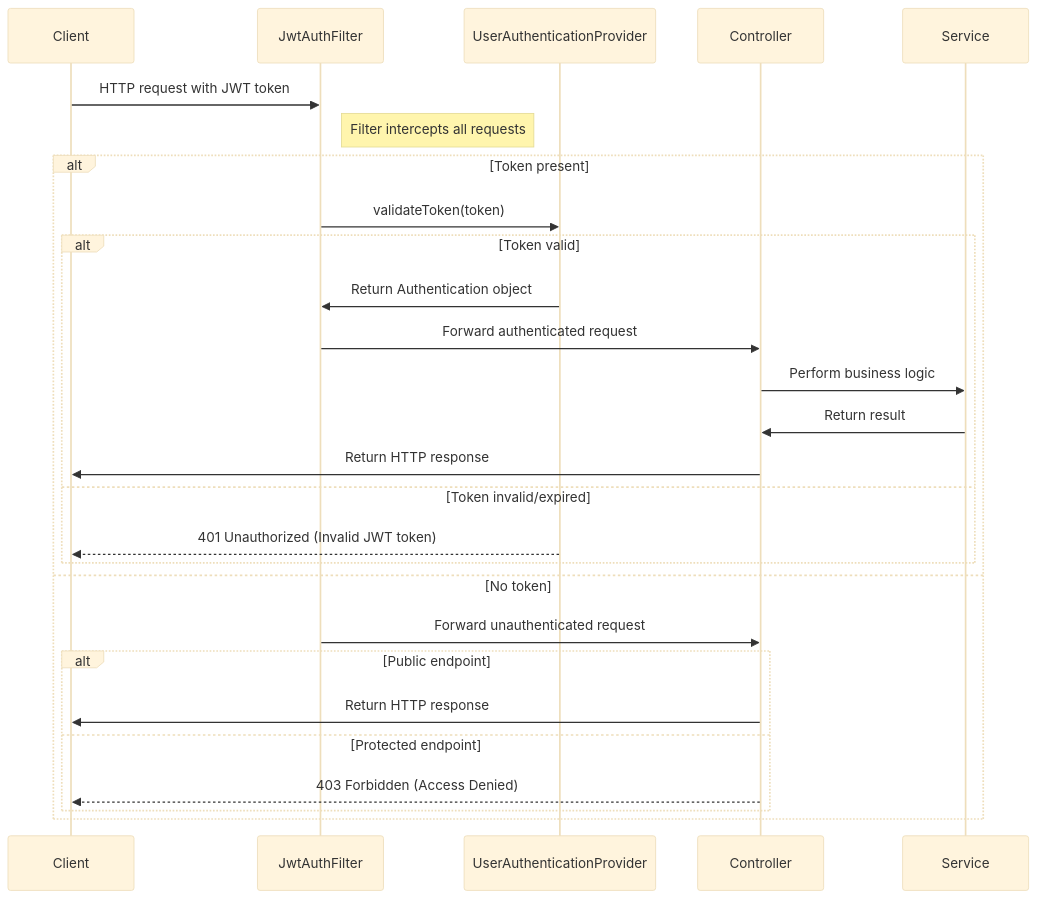
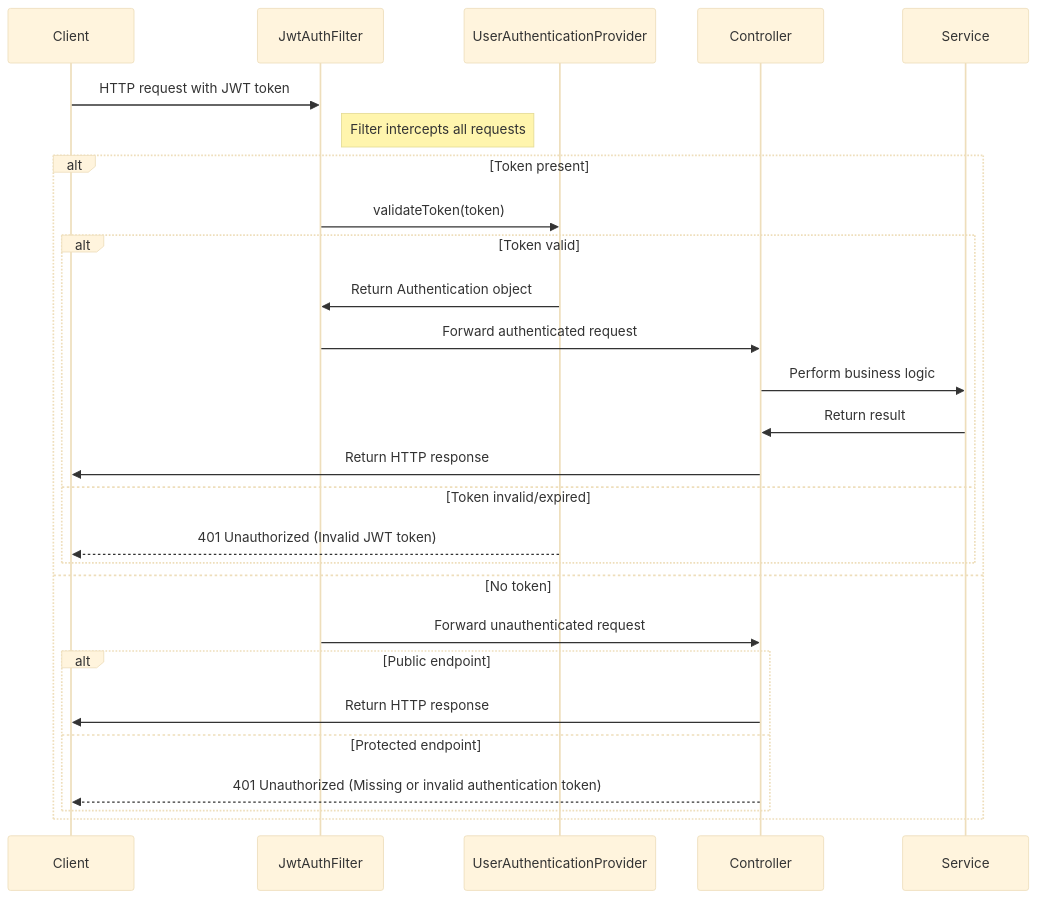
Before and after one commit to OrifInformatique/spring-auth: the second of 10 diagrams in docs/process-documentation.md, drawn with Mermaid (base theme). The commit also changed other lines of this file, not shown here.

````diff
--- a/docs/process-documentation.md
+++ b/docs/process-documentation.md
@@ -163,33 +163,33 @@
 ```mermaid
 sequenceDiagram
     participant Client
     participant JwtAuthFilter
     participant UserAuthenticationProvider
     participant Controller
     participant Service
 
     Client->>JwtAuthFilter: HTTP request with JWT token
     note right of JwtAuthFilter: Filter intercepts all requests
     
     alt Token present
         JwtAuthFilter->>UserAuthenticationProvider: validateToken(token)
         
         alt Token valid
             UserAuthenticationProvider->>JwtAuthFilter: Return Authentication object
             JwtAuthFilter->>Controller: Forward authenticated request
             Controller->>Service: Perform business logic
             Service->>Controller: Return result
             Controller->>Client: Return HTTP response
         else Token invalid/expired
             UserAuthenticationProvider-->>Client: 401 Unauthorized (Invalid JWT token)
         end
     else No token
         JwtAuthFilter->>Controller: Forward unauthenticated request
         
         alt Public endpoint
             Controller->>Client: Return HTTP response
         else Protected endpoint
-            Controller-->>Client: 403 Forbidden (Access Denied)
+            Controller-->>Client: 401 Unauthorized (Missing or invalid authentication token)
         end
     end
 ```
````
